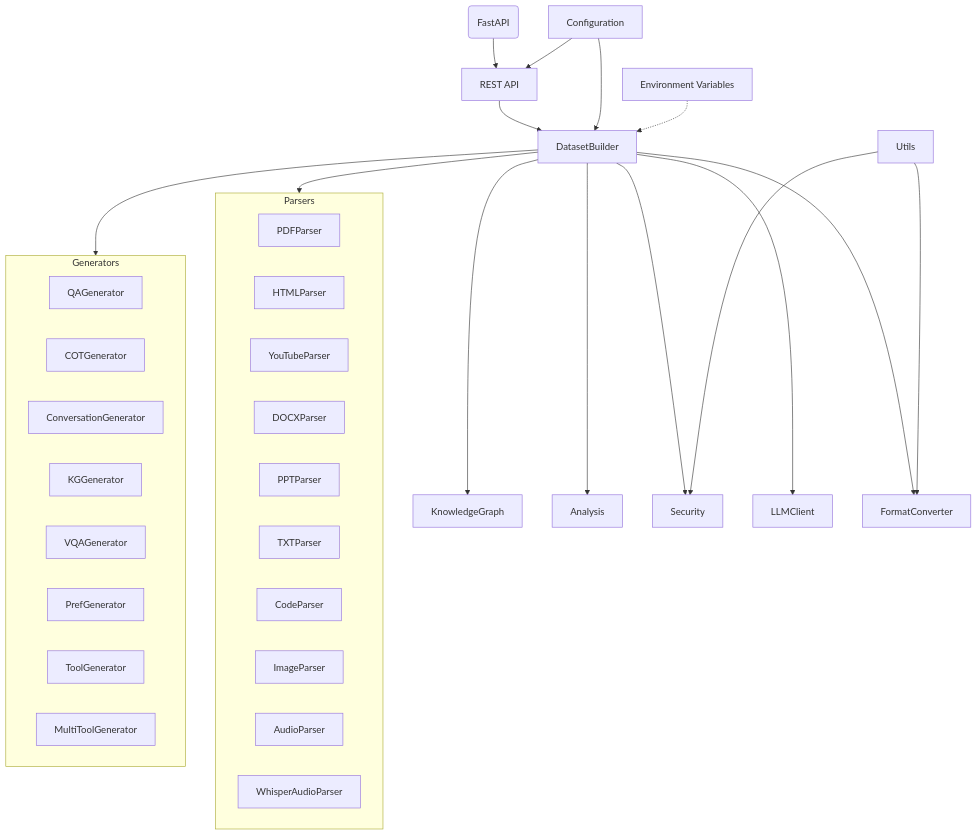
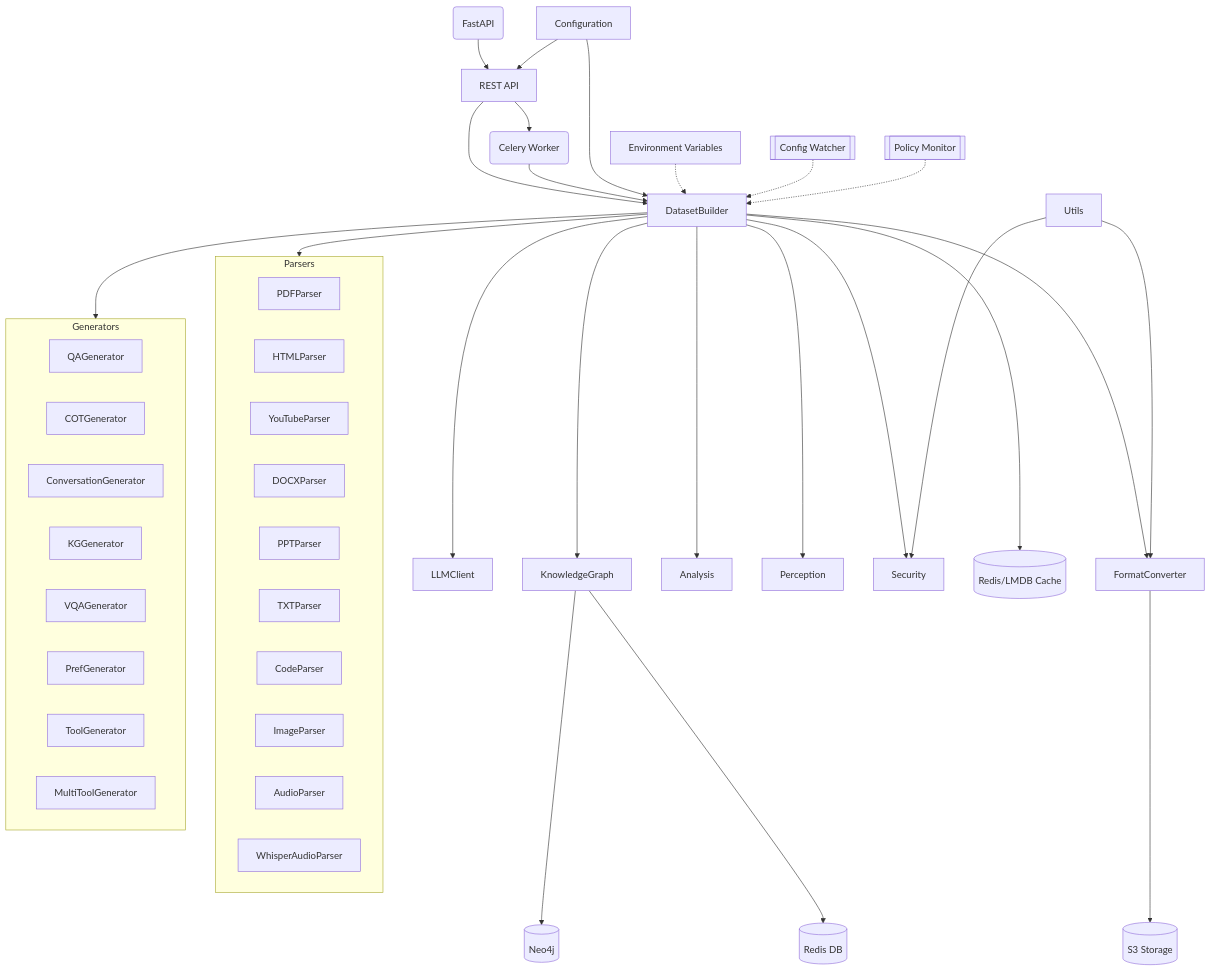
Before and after one commit to AvacynLab/datacreek: the first of 7 diagrams in DOCS.md, drawn with Mermaid. The commit also changed other lines of this file and 3 other files, not shown here.

````diff
--- a/DOCS.md
+++ b/DOCS.md
@@ -179,46 +209,55 @@
 ```mermaid
 graph TD
     Server(FastAPI) --> API[REST API]
     API --> Builder
+    API --> Celery(Celery Worker)
+    Celery --> Builder
     Builder[DatasetBuilder] --> Parsers
     Builder --> Generators
     Builder --> LLMClient
     Builder --> FormatConverter
+    FormatConverter --> S3[(S3 Storage)]
     Builder --> Analysis
+    Builder --> Perception
     Builder --> Security
+    Builder --> Cache[(Redis/LMDB Cache)]
     Builder --> KG[KnowledgeGraph]
+    KG --> Redis[(Redis DB)]
+    KG --> Neo4j[(Neo4j)]
 
     subgraph Parsers
         PDFParser
         HTMLParser
         YouTubeParser
         DOCXParser
         PPTParser
         TXTParser
         CodeParser
         ImageParser
         AudioParser
         WhisperParser[WhisperAudioParser]
     end
 
     subgraph Generators
         QAGenerator
         COTGenerator
         ConversationGenerator
         KGGenerator
         VQAGenerator
         PrefGenerator
         ToolGenerator
         MultiToolGenerator
     end
 
     Config[Configuration] --> API
     Config --> Builder
 
     Utils --> FormatConverter
     Utils --> Security
 
     %% Batch processing is handled internally, no separate module
 
     EnvVars[Environment Variables] -.-> Builder
+    ConfigWatcher[[Config Watcher]] -.-> Builder
+    PolicyMonitor[[Policy Monitor]] -.-> Builder
 ```
````
